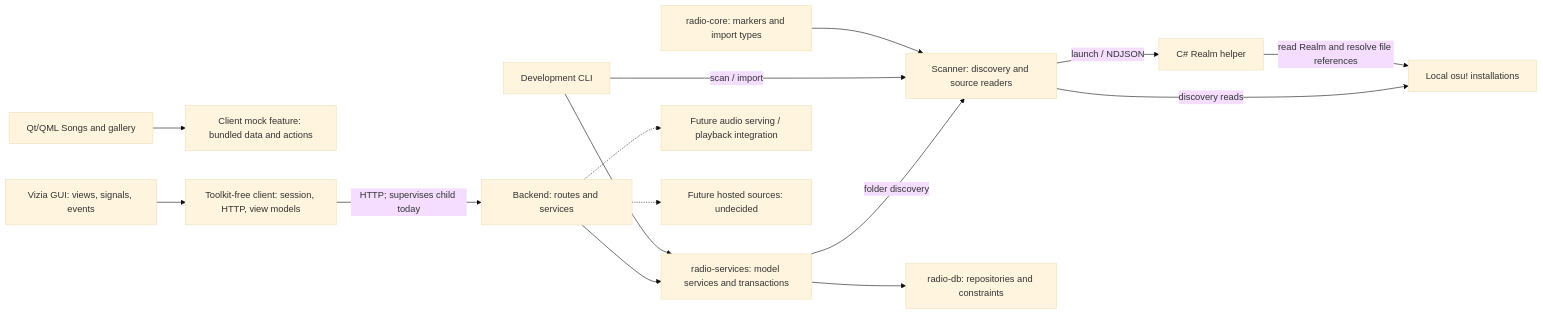
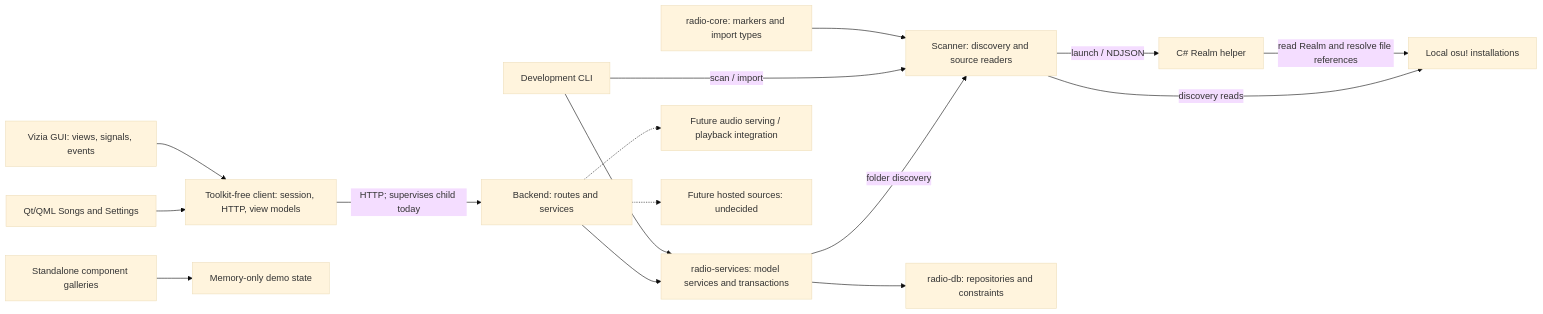
The diagram in docs/agent/index.md (Jayko321/osu-radio), drawn with Mermaid (base theme) before and after one commit. The commit also changed other lines of this file and 36 other files, not shown here.

````diff
--- a/docs/agent/index.md
+++ b/docs/agent/index.md
@@ -46,17 +46,18 @@
 ```mermaid
 flowchart LR
-    Qt["Qt/QML Songs and gallery"] --> Mock["Client mock feature: bundled data and actions"]
+    Qt["Qt/QML Songs and Settings"] --> Client
+    Gallery["Standalone component galleries"] --> Mock["Memory-only demo state"]
     GUI["Vizia GUI: views, signals, events"] --> Client["Toolkit-free client: session, HTTP, view models"]
     Client -->|"HTTP; supervises child today"| Server["Backend: routes and services"]
     Server --> Services["radio-services: model services and transactions"]
     Services -->|"folder discovery"| Scanner["Scanner: discovery and source readers"]
     Services --> DB["radio-db: repositories and constraints"]
     CLI --> Services
     CLI["Development CLI"] -->|"scan / import"| Scanner
     Scanner -->|"discovery reads"| Local["Local osu! installations"]
     Scanner -->|"launch / NDJSON"| Helper["C# Realm helper"]
     Helper -->|"read Realm and resolve file references"| Local
     Core["radio-core: markers and import types"] --> Scanner
     Server -.-> Audio["Future audio serving / playback integration"]
     Server -.-> Hosted["Future hosted sources: undecided"]
 ```
````
